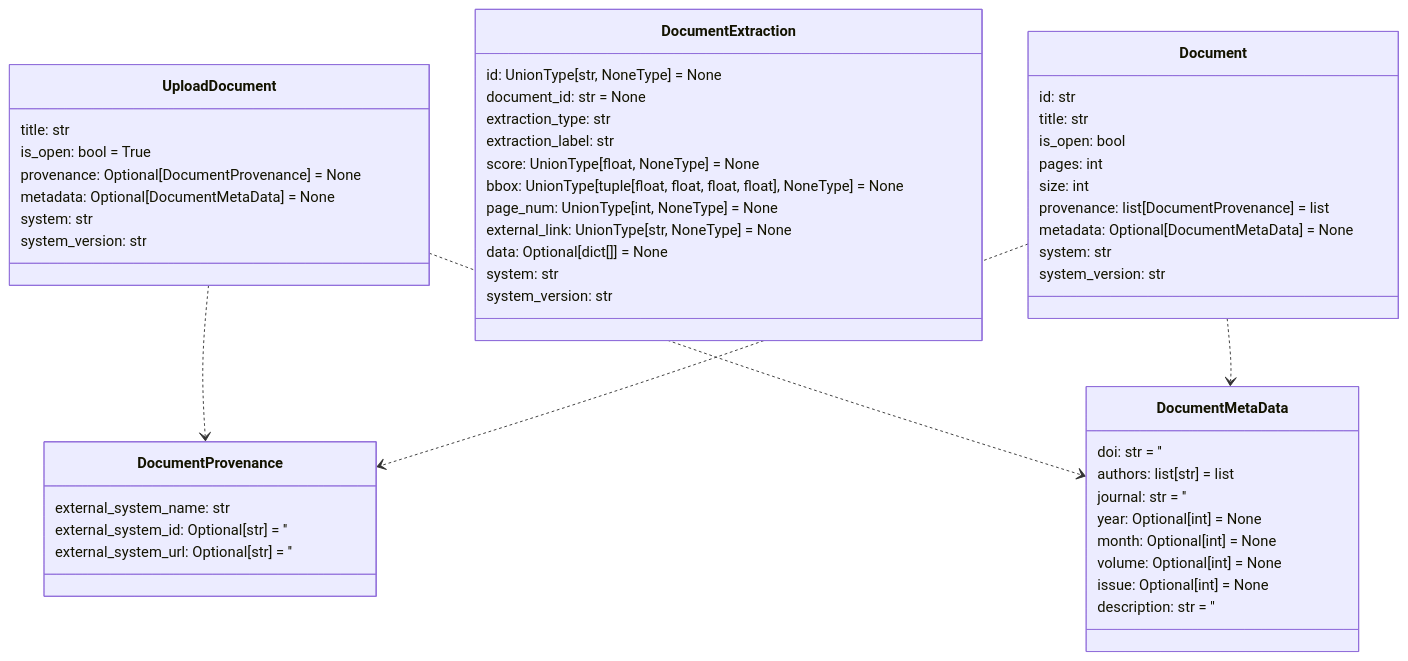
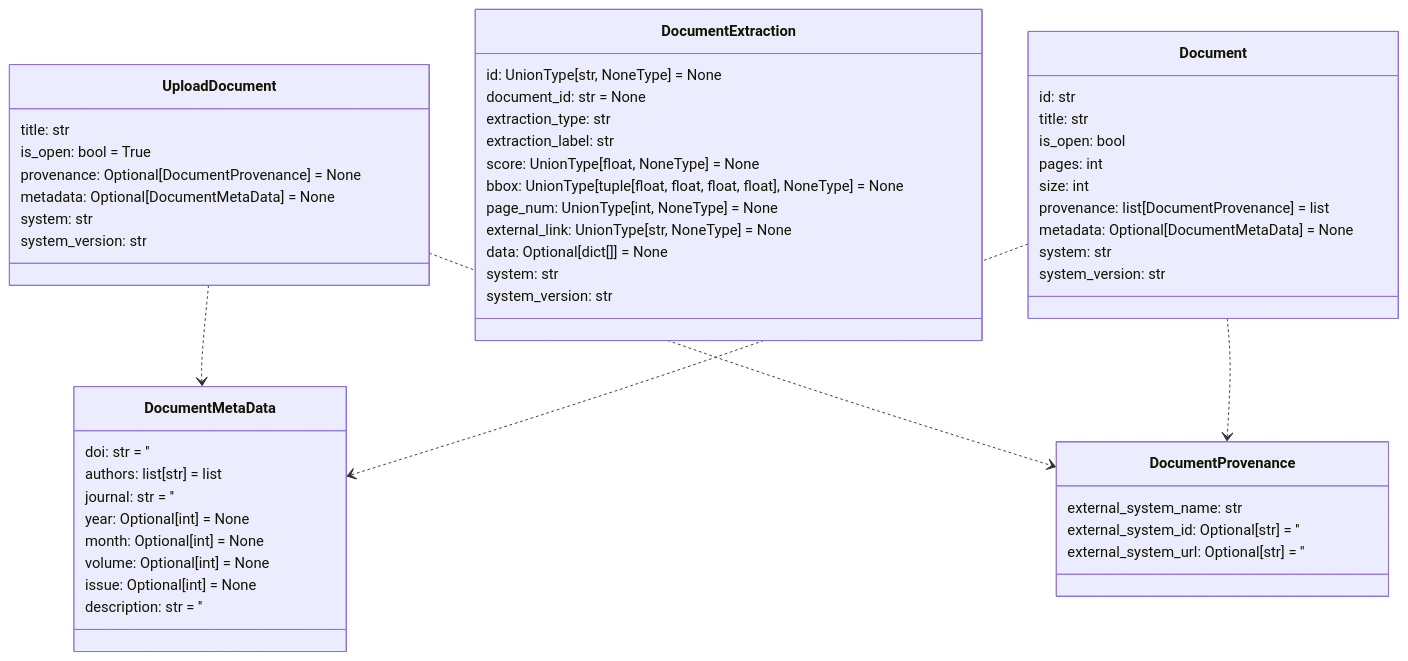
One commit to DARPA-CRITICALMAAS/cdr_schemas changed the ninth of 12 diagrams in README.md. Above: the diagram before and after it, drawn with Mermaid. The commit also changed other lines of this file and 1 other file, not shown here.

````diff
--- a/README.md
+++ b/README.md
@@ -625,62 +625,62 @@
 ```mermaid
 classDiagram
 
-    class DocumentMetaData {
-        doi: str = ''
-        authors: list[str] = list
-        journal: str = ''
-        year: Optional[int] = None
-        month: Optional[int] = None
-        volume: Optional[int] = None
-        issue: Optional[int] = None
-        description: str = ''
-    }
-
-    class DocumentProvenance {
-        external_system_name: str
-        external_system_id: Optional[str] = ''
-        external_system_url: Optional[str] = ''
-    }
-
-    class Document {
-        id: str
+    class UploadDocument {
         title: str
-        is_open: bool
-        pages: int
-        size: int
-        provenance: list[DocumentProvenance] = list
+        is_open: bool = True
+        provenance: Optional[DocumentProvenance] = None
         metadata: Optional[DocumentMetaData] = None
         system: str
         system_version: str
     }
 
     class DocumentExtraction {
         id: UnionType[str, NoneType] = None
         document_id: str = None
         extraction_type: str
         extraction_label: str
         score: UnionType[float, NoneType] = None
         bbox: UnionType[tuple[float, float, float, float], NoneType] = None
         page_num: UnionType[int, NoneType] = None
         external_link: UnionType[str, NoneType] = None
         data: Optional[dict[]] = None
         system: str
         system_version: str
     }
 
-    class UploadDocument {
+    class Document {
+        id: str
         title: str
-        is_open: bool = True
-        provenance: Optional[DocumentProvenance] = None
+        is_open: bool
+        pages: int
+        size: int
+        provenance: list[DocumentProvenance] = list
         metadata: Optional[DocumentMetaData] = None
         system: str
         system_version: str
     }
 
+    class DocumentMetaData {
+        doi: str = ''
+        authors: list[str] = list
+        journal: str = ''
+        year: Optional[int] = None
+        month: Optional[int] = None
+        volume: Optional[int] = None
+        issue: Optional[int] = None
+        description: str = ''
+    }
+
+    class DocumentProvenance {
+        external_system_name: str
+        external_system_id: Optional[str] = ''
+        external_system_url: Optional[str] = ''
+    }
+
+    UploadDocument ..> DocumentMetaData
     UploadDocument ..> DocumentProvenance
-    UploadDocument ..> DocumentMetaData
+    Document ..> DocumentMetaData
     Document ..> DocumentProvenance
-    Document ..> DocumentMetaData
 
 
 ```
````
